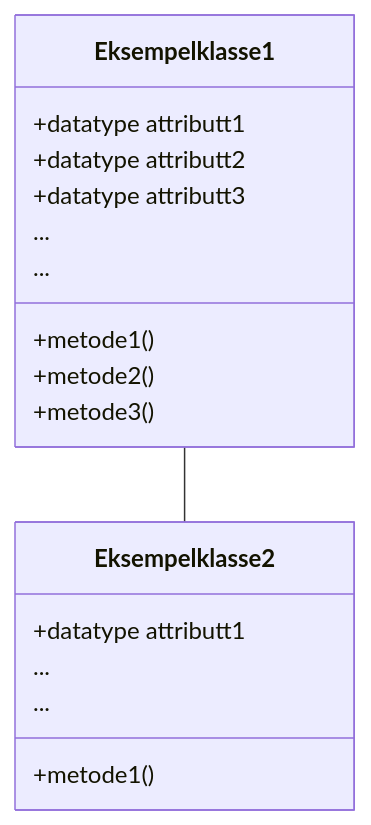
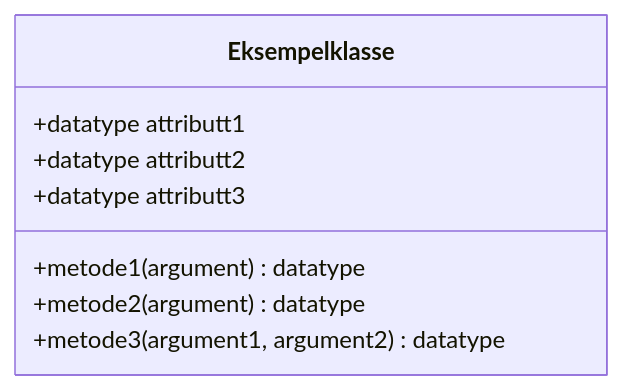
One commit to thorcc/it2-bok changed the first of 7 diagrams in src/content/docs/apputvikling/2-oom.mdx. Above: the diagram before and after it, drawn with Mermaid. The commit also changed other lines of this file, not shown here.

````diff
--- a/src/content/docs/apputvikling/2-oom.mdx
+++ b/src/content/docs/apputvikling/2-oom.mdx
@@ -45,20 +57,12 @@
 ```mermaid
 classDiagram
-    Eksempelklasse1 -- Eksempelklasse2
-    class Eksempelklasse1{
+    class Eksempelklasse{
         +datatype attributt1
         +datatype attributt2
         +datatype attributt3
-        ...
-        +metode1()
-        +metode2()
-        +metode3()
-        ...
-    }
-    class Eksempelklasse2{
-        +datatype attributt1
-        ...
-        +metode1()
-        ...
+
+        +metode1(argument) datatype
+        +metode2(argument) datatype
+        +metode3(argument1, argument2) datatype
     }
 ```
````
